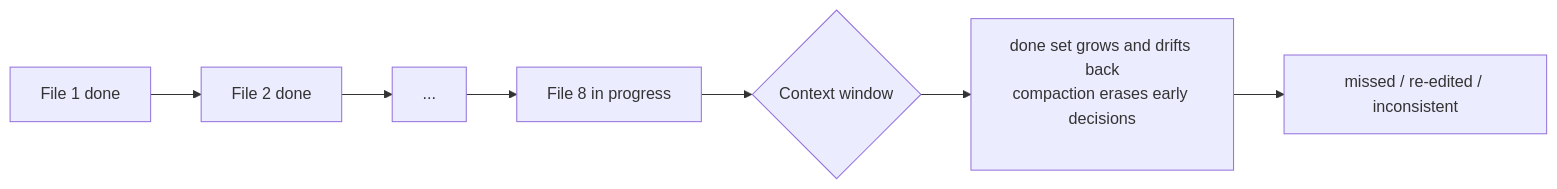
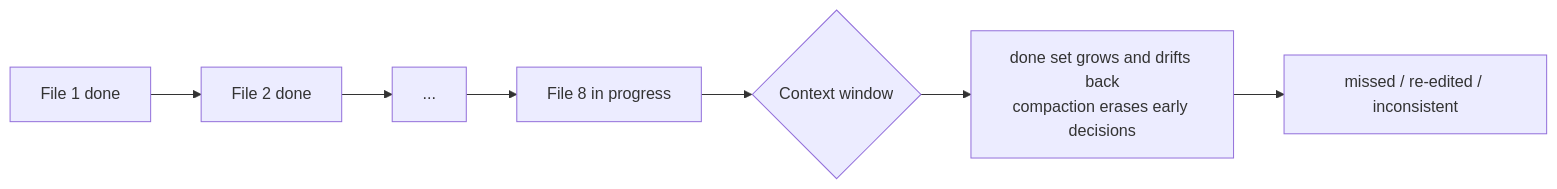
Before and after one commit to XuebinMa/AIWiki: the diagram in i18n/en/docusaurus-plugin-content-docs/current/05-implementation/lost-track-in-refactor.mdx, drawn with Mermaid. The commit also changed 99 other files, not shown here.

First line of the commit message:
fix(mermaid): 全局根治节点文字裁切（htmlLabels:false + 清理 br/nbsp 占位）(#26)

````diff
--- a/i18n/en/docusaurus-plugin-content-docs/current/05-implementation/lost-track-in-refactor.mdx
+++ b/i18n/en/docusaurus-plugin-content-docs/current/05-implementation/lost-track-in-refactor.mdx
@@ -40,9 +40,9 @@
 ```mermaid
 flowchart LR
     A[File 1 done] --> B[File 2 done]
     B --> C[...]
     C --> D[File 8 in progress]
     D --> E{Context window}
-    E --> F["done set grows and drifts back<br/>compaction erases early decisions<br/>&nbsp;"]
+    E --> F["done set grows and drifts back<br/>compaction erases early decisions"]
     F --> G[missed / re-edited / inconsistent]
 ```
````
